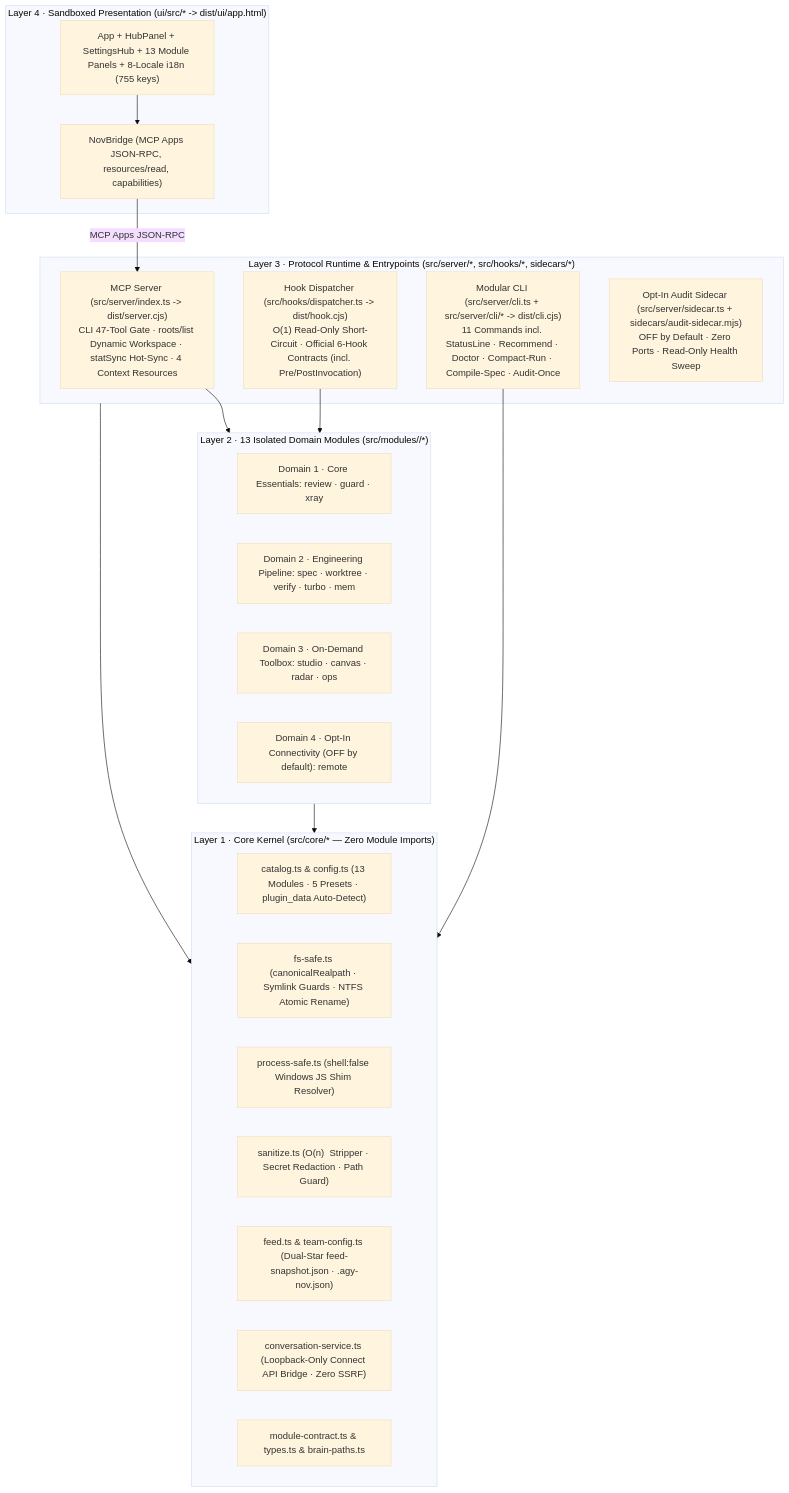
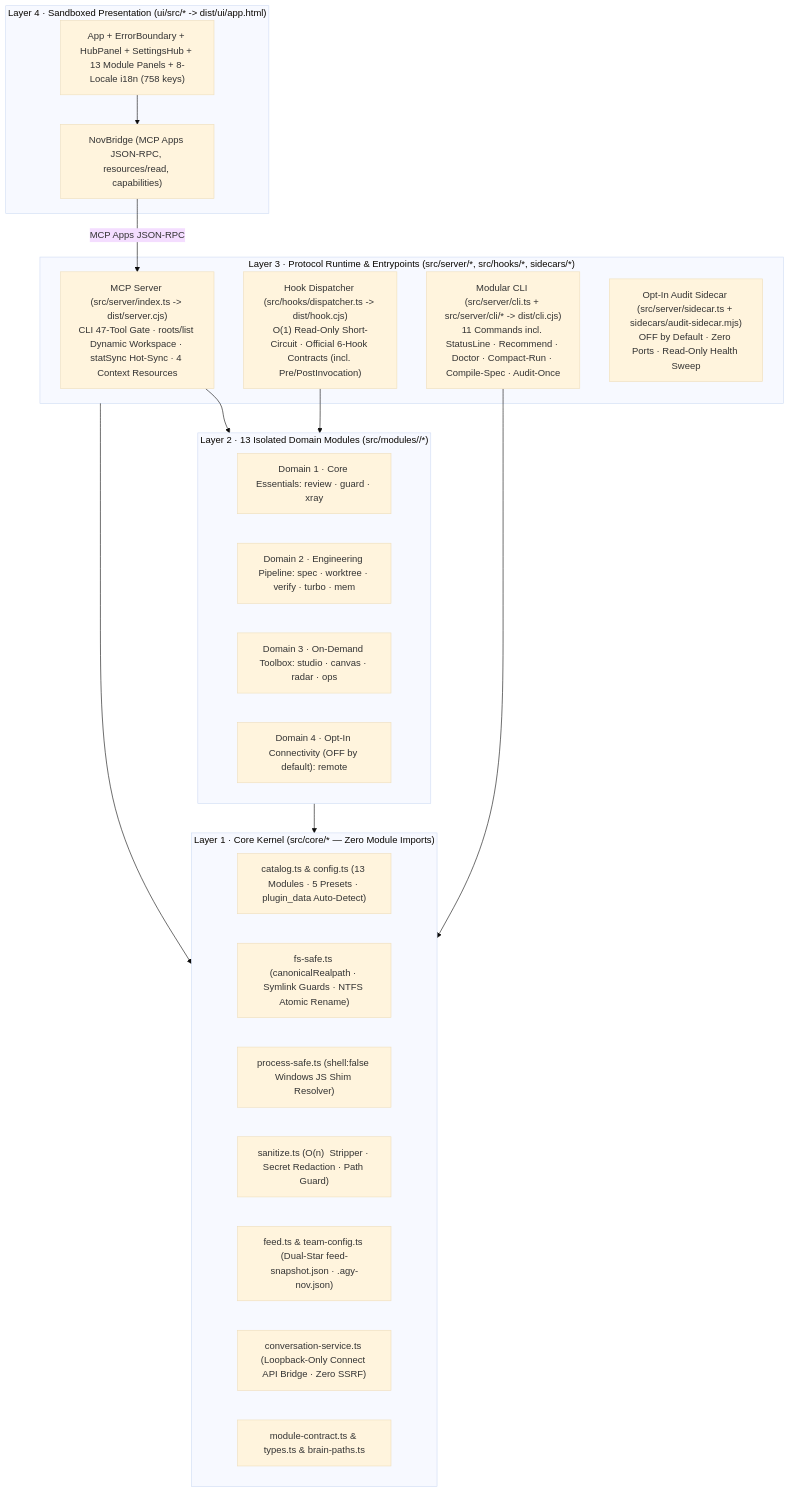
The diagram in docs/ARCHITECTURE.md (tone-leh/agy-NOV), drawn with Mermaid (base theme) before and after one commit. The commit also changed other lines of this file and 96 other files, not shown here.

````diff
--- a/docs/ARCHITECTURE.md
+++ b/docs/ARCHITECTURE.md
@@ -9,39 +9,39 @@
 ```mermaid
 flowchart TB
   subgraph L4["Layer 4 · Sandboxed Presentation (ui/src/* -> dist/ui/app.html)"]
-    UI["App + HubPanel + SettingsHub + 13 Module Panels + 8-Locale i18n (755 keys)"]
+    UI["App + ErrorBoundary + HubPanel + SettingsHub + 13 Module Panels + 8-Locale i18n (758 keys)"]
     Bridge["NovBridge (MCP Apps JSON-RPC, resources/read, capabilities)"]
     UI --> Bridge
   end
 
   subgraph L3["Layer 3 · Protocol Runtime & Entrypoints (src/server/*, src/hooks/*, sidecars/*)"]
     MCP["MCP Server (src/server/index.ts -> dist/server.cjs)\nCLI 47-Tool Gate · roots/list Dynamic Workspace · statSync Hot-Sync · 4 Context Resources"]
     Hooks["Hook Dispatcher (src/hooks/dispatcher.ts -> dist/hook.cjs)\nO(1) Read-Only Short-Circuit · Official 6-Hook Contracts (incl. Pre/PostInvocation)"]
     CLI["Modular CLI (src/server/cli.ts + src/server/cli/* -> dist/cli.cjs)\n11 Commands incl. StatusLine · Recommend · Doctor · Compact-Run · Compile-Spec · Audit-Once"]
     Sidecar["Opt-In Audit Sidecar (src/server/sidecar.ts + sidecars/audit-sidecar.mjs)\nOFF by Default · Zero Ports · Read-Only Health Sweep"]
   end
 
   subgraph L2["Layer 2 · 13 Isolated Domain Modules (src/modules/<id>/*)"]
     CoreDom["Domain 1 · Core Essentials: review · guard · xray"]
     PipeDom["Domain 2 · Engineering Pipeline: spec · worktree · verify · turbo · mem"]
     ToolDom["Domain 3 · On-Demand Toolbox: studio · canvas · radar · ops"]
     ConnDom["Domain 4 · Opt-In Connectivity (OFF by default): remote"]
   end
 
   subgraph L1["Layer 1 · Core Kernel (src/core/* — Zero Module Imports)"]
     Catalog["catalog.ts & config.ts (13 Modules · 5 Presets · plugin_data Auto-Detect)"]
     FsSafe["fs-safe.ts (canonicalRealpath · Symlink Guards · NTFS Atomic Rename)"]
     ProcSafe["process-safe.ts (shell:false Windows JS Shim Resolver)"]
     Sanitize["sanitize.ts (O(n) <private> Stripper · Secret Redaction · Path Guard)"]
     Feed["feed.ts & team-config.ts (Dual-Star feed-snapshot.json · .agy-nov.json)"]
     Conv["conversation-service.ts (Loopback-Only Connect API Bridge · Zero SSRF)"]
     Contract["module-contract.ts & types.ts & brain-paths.ts"]
   end
 
   Bridge -- "MCP Apps JSON-RPC" --> MCP
   MCP --> L2
   Hooks --> L2
   CLI --> L1
   L2 --> L1
   L3 --> L1
 ```
````
